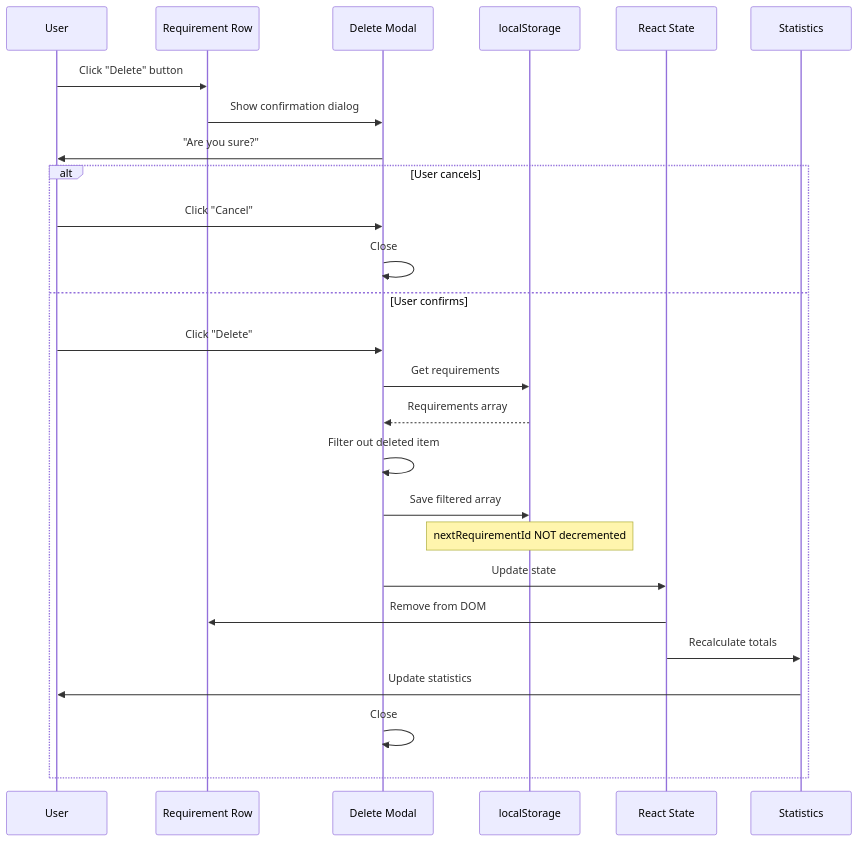
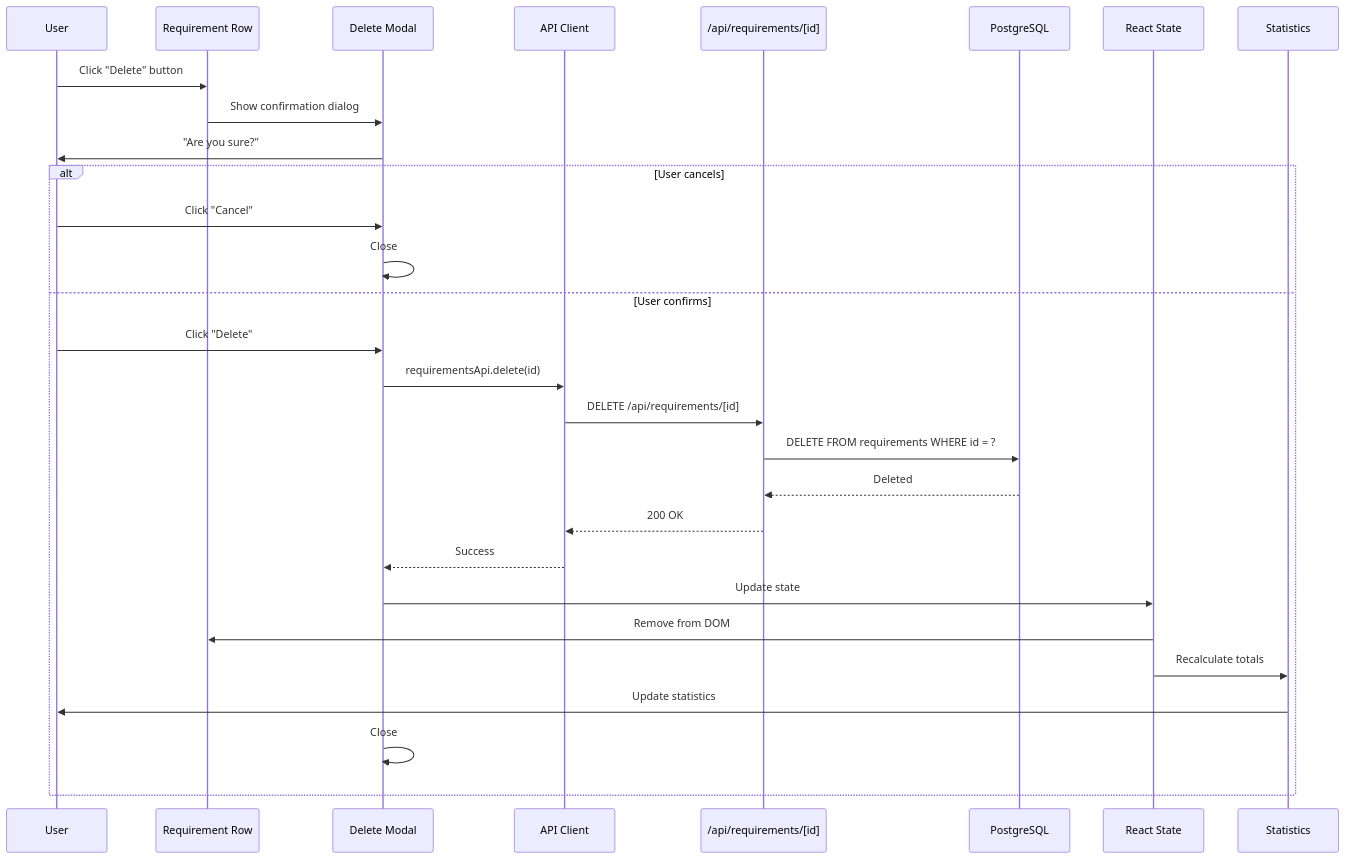
Before and after one commit to FirstRe/AIFIRST: the fifth of 14 diagrams in docs/technical-spec.md, drawn with Mermaid. The commit also changed other lines of this file and 36 other files, not shown here.

````diff
--- a/docs/technical-spec.md
+++ b/docs/technical-spec.md
@@ -634,33 +965,36 @@
 ```mermaid
 sequenceDiagram
     participant User as User
     participant Row as Requirement Row
     participant Modal as Delete Modal
-    participant Storage as localStorage
+    participant API as API Client
+    participant Backend as /api/requirements/[id]
+    participant DB as PostgreSQL
     participant State as React State
     participant Stats as Statistics
 
     User->>Row: Click "Delete" button
     Row->>Modal: Show confirmation dialog
     Modal->>User: "Are you sure?"
 
     alt User cancels
         User->>Modal: Click "Cancel"
         Modal->>Modal: Close
     else User confirms
         User->>Modal: Click "Delete"
-        Modal->>Storage: Get requirements
-        Storage-->>Modal: Requirements array
-        Modal->>Modal: Filter out deleted item
-        Modal->>Storage: Save filtered array
-        Note over Storage: nextRequirementId NOT decremented
+        Modal->>API: requirementsApi.delete(id)
+        API->>Backend: DELETE /api/requirements/[id]
+        Backend->>DB: DELETE FROM requirements WHERE id = ?
+        DB-->>Backend: Deleted
+        Backend-->>API: 200 OK
+        API-->>Modal: Success
 
         Modal->>State: Update state
         State->>Row: Remove from DOM
 
         State->>Stats: Recalculate totals
         Stats->>User: Update statistics
 
         Modal->>Modal: Close
     end
 ```
````
